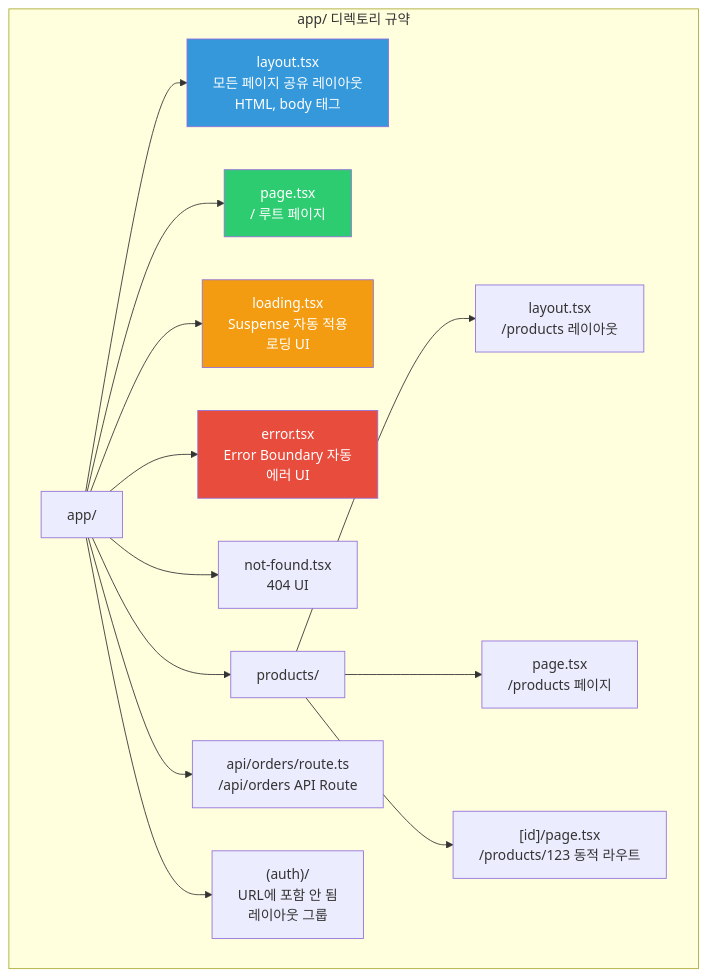
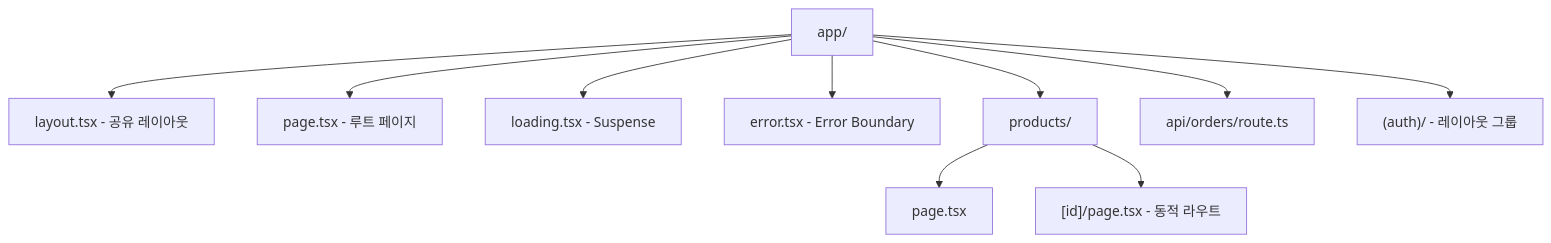
The second of 5 diagrams in _posts/frontend/2026-05-01-nextjs.md (yjkim2015/yjkim2015.github.io), drawn with Mermaid before and after one commit. The commit also changed other lines of this file and 215 other files, not shown here.

First line of the commit message:
신규 포스트 10개 추가 + Mermaid 전면 축소 + SystemDesign 시리즈 보강

````diff
--- a/_posts/frontend/2026-05-01-nextjs.md
+++ b/_posts/frontend/2026-05-01-nextjs.md
@@ -73,22 +52,12 @@
 ```mermaid
 flowchart TD
-    subgraph "app/ 디렉토리 규약"
-        ROOT["app/"]
-        ROOT --> LAYOUT["layout.tsx\n모든 페이지 공유 레이아웃\nHTML, body 태그"]
-        ROOT --> PAGE["page.tsx\n/ 루트 페이지"]
-        ROOT --> LOADING["loading.tsx\nSuspense 자동 적용\n로딩 UI"]
-        ROOT --> ERROR["error.tsx\nError Boundary 자동\n에러 UI"]
-        ROOT --> NOT_FOUND["not-found.tsx\n404 UI"]
-        ROOT --> PRODUCTS["products/"]
-        PRODUCTS --> PROD_LAYOUT["layout.tsx\n/products 레이아웃"]
-        PRODUCTS --> PROD_PAGE["page.tsx\n/products 페이지"]
-        PRODUCTS --> DYN["[id]/page.tsx\n/products/123 동적 라우트"]
-        ROOT --> API["api/orders/route.ts\n/api/orders API Route"]
-        ROOT --> AUTH["(auth)/\nURL에 포함 안 됨\n레이아웃 그룹"]
-    end
-
-    style LAYOUT fill:#3498db,color:#fff
-    style PAGE fill:#2ecc71,color:#fff
-    style ERROR fill:#e74c3c,color:#fff
-    style LOADING fill:#f39c12,color:#fff
+    ROOT["app/"] --> LAYOUT["layout.tsx - 공유 레이아웃"]
+    ROOT --> PAGE["page.tsx - 루트 페이지"]
+    ROOT --> LOADING["loading.tsx - Suspense"]
+    ROOT --> ERROR["error.tsx - Error Boundary"]
+    ROOT --> PRODUCTS["products/"]
+    PRODUCTS --> PROD_PAGE["page.tsx"]
+    PRODUCTS --> DYN["[id]/page.tsx - 동적 라우트"]
+    ROOT --> API["api/orders/route.ts"]
+    ROOT --> AUTH["(auth)/ - 레이아웃 그룹"]
 ```
````
